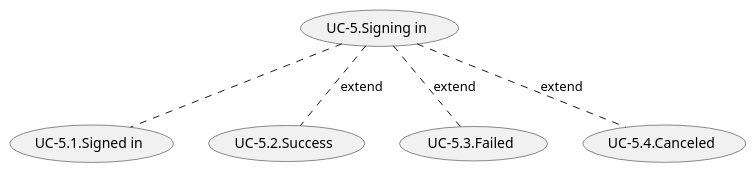
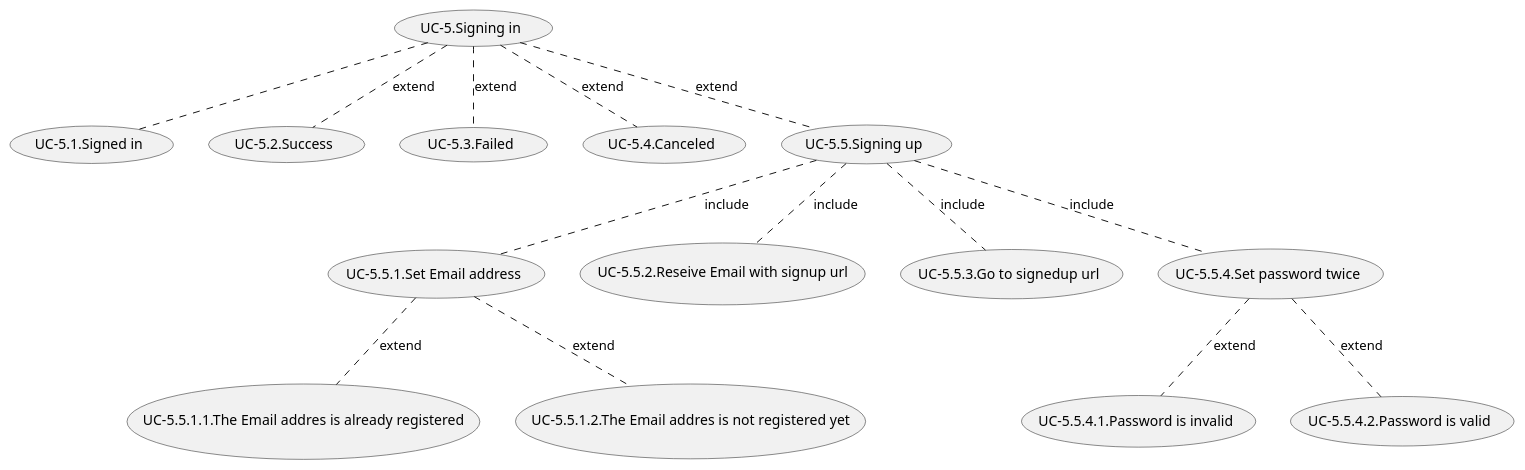
One commit to azarashin/Word2VecSOM changed the diagram in web/doc/usecase_chart/UC-5.pu. Above: the diagram before and after it, drawn with PlantUML.

Commit message:
update usecase for signup scene

```diff
--- a/web/doc/usecase_chart/UC-5.pu
+++ b/web/doc/usecase_chart/UC-5.pu
@@ -1,8 +1,20 @@
 @startuml
 
 (UC-5.Signing in) .. (UC-5.1.Signed in)
 (UC-5.Signing in) .. (UC-5.2.Success) : extend
 (UC-5.Signing in) .. (UC-5.3.Failed) : extend
 (UC-5.Signing in) .. (UC-5.4.Canceled) : extend
 
+(UC-5.Signing in) .. (UC-5.5.Signing up) : extend
+(UC-5.5.Signing up) .. (UC-5.5.1.Set Email address) : include
+(UC-5.5.Signing up) .. (UC-5.5.2.Reseive Email with signup url) : include
+(UC-5.5.Signing up) .. (UC-5.5.3.Go to signedup url) : include
+(UC-5.5.Signing up) .. (UC-5.5.4.Set password twice) : include
+
+(UC-5.5.1.Set Email address) .. (UC-5.5.1.1.The Email addres is already registered) : extend
+(UC-5.5.1.Set Email address) .. (UC-5.5.1.2.The Email addres is not registered yet) : extend
+
+(UC-5.5.4.Set password twice) .. (UC-5.5.4.1.Password is invalid) : extend
+(UC-5.5.4.Set password twice) .. (UC-5.5.4.2.Password is valid) : extend
+
 @enduml
```
